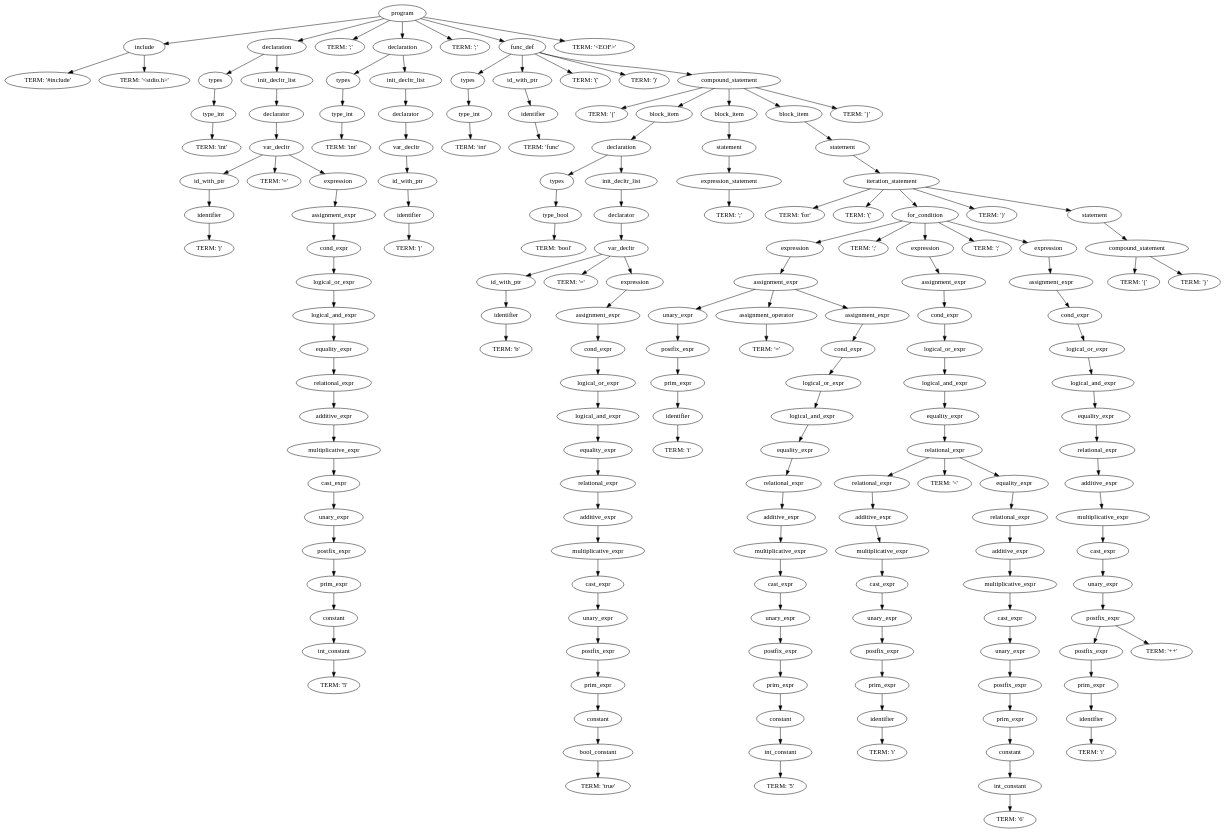
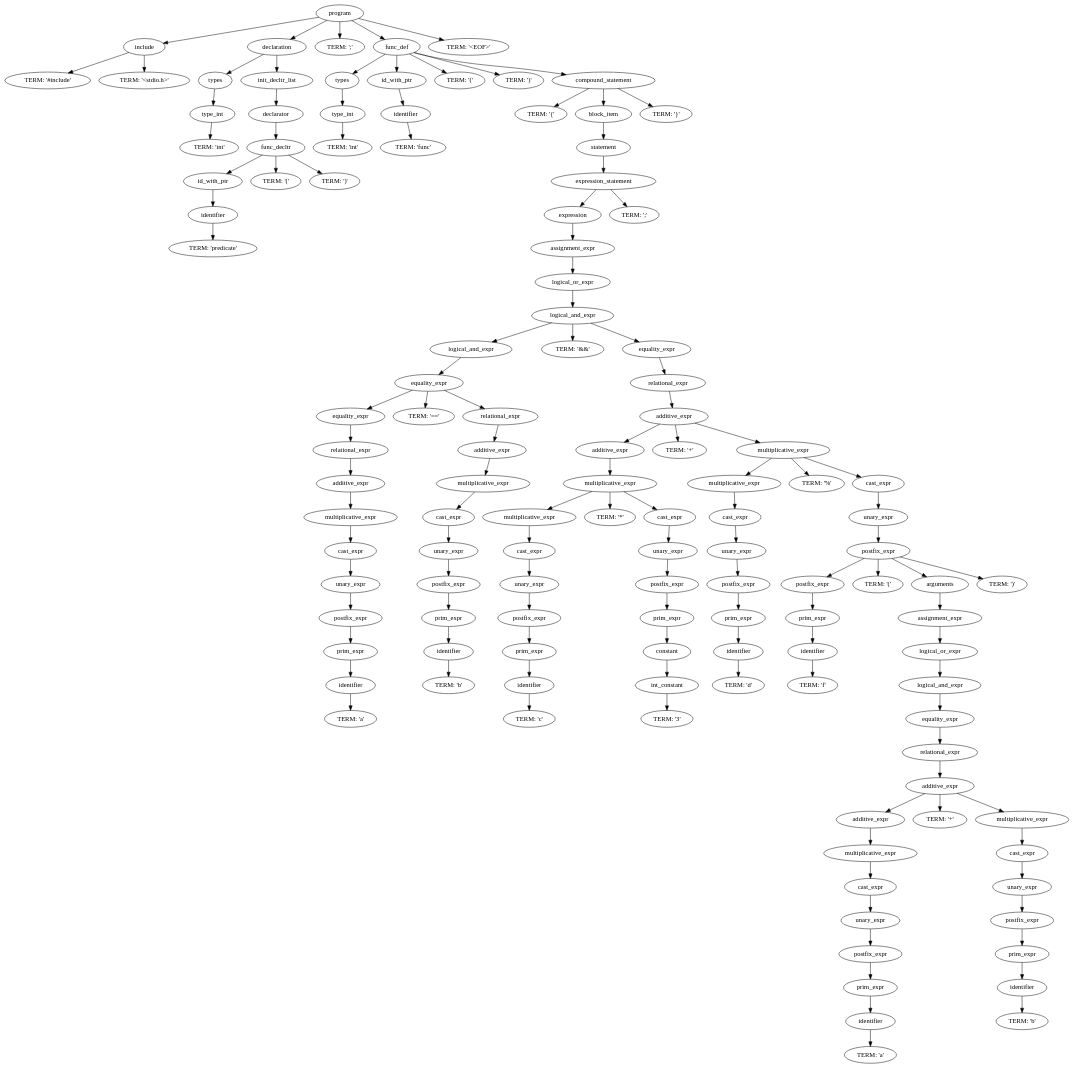
The diagram in output.dot (DeSchepperCedric/C-Compiler), drawn with Graphviz before and after one commit. The commit also changed 9 other files, not shown here.

```diff
--- a/output.dot
+++ b/output.dot
@@ -19,323 +19,229 @@
 	8 -> 9;
 	9 [label="declarator"];
 	9 -> 10;
-	10 [label="var_decltr"];
+	10 [label="func_decltr"];
 	10 -> 11;
 	11 [label="id_with_ptr"];
 	11 -> 12;
 	12 [label="identifier"];
 	12 -> 13;
-	13 [label="TERM: 'j'"];
+	13 [label="TERM: 'predicate'"];
 	10 -> 14;
-	14 [label="TERM: '='"];
+	14 [label="TERM: '('"];
 	10 -> 15;
-	15 [label="expression"];
-	15 -> 16;
-	16 [label="assignment_expr"];
-	16 -> 17;
-	17 [label="cond_expr"];
+	15 [label="TERM: ')'"];
+	0 -> 16;
+	16 [label="TERM: ';'"];
+	0 -> 17;
+	17 [label="func_def"];
 	17 -> 18;
-	18 [label="logical_or_expr"];
+	18 [label="types"];
 	18 -> 19;
-	19 [label="logical_and_expr"];
+	19 [label="type_int"];
 	19 -> 20;
-	20 [label="equality_expr"];
-	20 -> 21;
-	21 [label="relational_expr"];
+	20 [label="TERM: 'int'"];
+	17 -> 21;
+	21 [label="id_with_ptr"];
 	21 -> 22;
-	22 [label="additive_expr"];
+	22 [label="identifier"];
 	22 -> 23;
-	23 [label="multiplicative_expr"];
-	23 -> 24;
-	24 [label="cast_expr"];
-	24 -> 25;
-	25 [label="unary_expr"];
-	25 -> 26;
-	26 [label="postfix_expr"];
+	23 [label="TERM: 'func'"];
+	17 -> 24;
+	24 [label="TERM: '('"];
+	17 -> 25;
+	25 [label="TERM: ')'"];
+	17 -> 26;
+	26 [label="compound_statement"];
 	26 -> 27;
-	27 [label="prim_expr"];
-	27 -> 28;
-	28 [label="constant"];
+	27 [label="TERM: '{'"];
+	26 -> 28;
+	28 [label="block_item"];
 	28 -> 29;
-	29 [label="int_constant"];
+	29 [label="statement"];
 	29 -> 30;
-	30 [label="TERM: '5'"];
-	0 -> 31;
-	31 [label="TERM: ';'"];
-	0 -> 32;
-	32 [label="declaration"];
+	30 [label="expression_statement"];
+	30 -> 31;
+	31 [label="expression"];
+	31 -> 32;
+	32 [label="assignment_expr"];
 	32 -> 33;
-	33 [label="types"];
+	33 [label="logical_or_expr"];
 	33 -> 34;
-	34 [label="type_int"];
+	34 [label="logical_and_expr"];
 	34 -> 35;
-	35 [label="TERM: 'int'"];
-	32 -> 36;
-	36 [label="init_decltr_list"];
+	35 [label="logical_and_expr"];
+	35 -> 36;
+	36 [label="equality_expr"];
 	36 -> 37;
-	37 [label="declarator"];
+	37 [label="equality_expr"];
 	37 -> 38;
-	38 [label="var_decltr"];
+	38 [label="relational_expr"];
 	38 -> 39;
-	39 [label="id_with_ptr"];
+	39 [label="additive_expr"];
 	39 -> 40;
-	40 [label="identifier"];
+	40 [label="multiplicative_expr"];
 	40 -> 41;
-	41 [label="TERM: 'j'"];
-	0 -> 42;
-	42 [label="TERM: ';'"];
-	0 -> 43;
-	43 [label="func_def"];
+	41 [label="cast_expr"];
+	41 -> 42;
+	42 [label="unary_expr"];
+	42 -> 43;
+	43 [label="postfix_expr"];
 	43 -> 44;
-	44 [label="types"];
+	44 [label="prim_expr"];
 	44 -> 45;
-	45 [label="type_int"];
+	45 [label="identifier"];
 	45 -> 46;
-	46 [label="TERM: 'int'"];
-	43 -> 47;
-	47 [label="id_with_ptr"];
-	47 -> 48;
-	48 [label="identifier"];
+	46 [label="TERM: 'a'"];
+	36 -> 47;
+	47 [label="TERM: '=='"];
+	36 -> 48;
+	48 [label="relational_expr"];
 	48 -> 49;
-	49 [label="TERM: 'func'"];
-	43 -> 50;
-	50 [label="TERM: '('"];
-	43 -> 51;
-	51 [label="TERM: ')'"];
-	43 -> 52;
-	52 [label="compound_statement"];
+	49 [label="additive_expr"];
+	49 -> 50;
+	50 [label="multiplicative_expr"];
+	50 -> 51;
+	51 [label="cast_expr"];
+	51 -> 52;
+	52 [label="unary_expr"];
 	52 -> 53;
-	53 [label="TERM: '{'"];
-	52 -> 54;
-	54 [label="block_item"];
+	53 [label="postfix_expr"];
+	53 -> 54;
+	54 [label="prim_expr"];
 	54 -> 55;
-	55 [label="declaration"];
+	55 [label="identifier"];
 	55 -> 56;
-	56 [label="types"];
-	56 -> 57;
-	57 [label="type_bool"];
-	57 -> 58;
-	58 [label="TERM: 'bool'"];
-	55 -> 59;
-	59 [label="init_decltr_list"];
+	56 [label="TERM: 'b'"];
+	34 -> 57;
+	57 [label="TERM: '&&'"];
+	34 -> 58;
+	58 [label="equality_expr"];
+	58 -> 59;
+	59 [label="relational_expr"];
 	59 -> 60;
-	60 [label="declarator"];
+	60 [label="additive_expr"];
 	60 -> 61;
-	61 [label="var_decltr"];
+	61 [label="additive_expr"];
 	61 -> 62;
-	62 [label="id_with_ptr"];
+	62 [label="multiplicative_expr"];
 	62 -> 63;
-	63 [label="identifier"];
+	63 [label="multiplicative_expr"];
 	63 -> 64;
-	64 [label="TERM: 'b'"];
-	61 -> 65;
-	65 [label="TERM: '='"];
-	61 -> 66;
-	66 [label="expression"];
+	64 [label="cast_expr"];
+	64 -> 65;
+	65 [label="unary_expr"];
+	65 -> 66;
+	66 [label="postfix_expr"];
 	66 -> 67;
-	67 [label="assignment_expr"];
+	67 [label="prim_expr"];
 	67 -> 68;
-	68 [label="cond_expr"];
+	68 [label="identifier"];
 	68 -> 69;
-	69 [label="logical_or_expr"];
-	69 -> 70;
-	70 [label="logical_and_expr"];
-	70 -> 71;
-	71 [label="equality_expr"];
+	69 [label="TERM: 'c'"];
+	62 -> 70;
+	70 [label="TERM: '*'"];
+	62 -> 71;
+	71 [label="cast_expr"];
 	71 -> 72;
-	72 [label="relational_expr"];
+	72 [label="unary_expr"];
 	72 -> 73;
-	73 [label="additive_expr"];
+	73 [label="postfix_expr"];
 	73 -> 74;
-	74 [label="multiplicative_expr"];
+	74 [label="prim_expr"];
 	74 -> 75;
-	75 [label="cast_expr"];
+	75 [label="constant"];
 	75 -> 76;
-	76 [label="unary_expr"];
+	76 [label="int_constant"];
 	76 -> 77;
-	77 [label="postfix_expr"];
-	77 -> 78;
-	78 [label="prim_expr"];
-	78 -> 79;
-	79 [label="constant"];
+	77 [label="TERM: '3'"];
+	60 -> 78;
+	78 [label="TERM: '+'"];
+	60 -> 79;
+	79 [label="multiplicative_expr"];
 	79 -> 80;
-	80 [label="bool_constant"];
+	80 [label="multiplicative_expr"];
 	80 -> 81;
-	81 [label="TERM: 'true'"];
-	52 -> 82;
-	82 [label="block_item"];
+	81 [label="cast_expr"];
+	81 -> 82;
+	82 [label="unary_expr"];
 	82 -> 83;
-	83 [label="statement"];
+	83 [label="postfix_expr"];
 	83 -> 84;
-	84 [label="expression_statement"];
+	84 [label="prim_expr"];
 	84 -> 85;
-	85 [label="TERM: ';'"];
-	52 -> 86;
-	86 [label="block_item"];
-	86 -> 87;
-	87 [label="statement"];
-	87 -> 88;
-	88 [label="iteration_statement"];
+	85 [label="identifier"];
+	85 -> 86;
+	86 [label="TERM: 'd'"];
+	79 -> 87;
+	87 [label="TERM: '%'"];
+	79 -> 88;
+	88 [label="cast_expr"];
 	88 -> 89;
-	89 [label="TERM: 'for'"];
-	88 -> 90;
-	90 [label="TERM: '('"];
-	88 -> 91;
-	91 [label="for_condition"];
+	89 [label="unary_expr"];
+	89 -> 90;
+	90 [label="postfix_expr"];
+	90 -> 91;
+	91 [label="postfix_expr"];
 	91 -> 92;
-	92 [label="expression"];
+	92 [label="prim_expr"];
 	92 -> 93;
-	93 [label="assignment_expr"];
+	93 [label="identifier"];
 	93 -> 94;
-	94 [label="unary_expr"];
-	94 -> 95;
-	95 [label="postfix_expr"];
-	95 -> 96;
-	96 [label="prim_expr"];
+	94 [label="TERM: 'f'"];
+	90 -> 95;
+	95 [label="TERM: '('"];
+	90 -> 96;
+	96 [label="arguments"];
 	96 -> 97;
-	97 [label="identifier"];
+	97 [label="assignment_expr"];
 	97 -> 98;
-	98 [label="TERM: 'i'"];
-	93 -> 99;
-	99 [label="assignment_operator"];
+	98 [label="logical_or_expr"];
+	98 -> 99;
+	99 [label="logical_and_expr"];
 	99 -> 100;
-	100 [label="TERM: '='"];
-	93 -> 101;
-	101 [label="assignment_expr"];
+	100 [label="equality_expr"];
+	100 -> 101;
+	101 [label="relational_expr"];
 	101 -> 102;
-	102 [label="cond_expr"];
+	102 [label="additive_expr"];
 	102 -> 103;
-	103 [label="logical_or_expr"];
+	103 [label="additive_expr"];
 	103 -> 104;
-	104 [label="logical_and_expr"];
+	104 [label="multiplicative_expr"];
 	104 -> 105;
-	105 [label="equality_expr"];
+	105 [label="cast_expr"];
 	105 -> 106;
-	106 [label="relational_expr"];
+	106 [label="unary_expr"];
 	106 -> 107;
-	107 [label="additive_expr"];
+	107 [label="postfix_expr"];
 	107 -> 108;
-	108 [label="multiplicative_expr"];
+	108 [label="prim_expr"];
 	108 -> 109;
-	109 [label="cast_expr"];
+	109 [label="identifier"];
 	109 -> 110;
-	110 [label="unary_expr"];
-	110 -> 111;
-	111 [label="postfix_expr"];
-	111 -> 112;
-	112 [label="prim_expr"];
+	110 [label="TERM: 'a'"];
+	102 -> 111;
+	111 [label="TERM: '+'"];
+	102 -> 112;
+	112 [label="multiplicative_expr"];
 	112 -> 113;
-	113 [label="constant"];
+	113 [label="cast_expr"];
 	113 -> 114;
-	114 [label="int_constant"];
+	114 [label="unary_expr"];
 	114 -> 115;
-	115 [label="TERM: '5'"];
-	91 -> 116;
-	116 [label="TERM: ';'"];
-	91 -> 117;
-	117 [label="expression"];
+	115 [label="postfix_expr"];
+	115 -> 116;
+	116 [label="prim_expr"];
+	116 -> 117;
+	117 [label="identifier"];
 	117 -> 118;
-	118 [label="assignment_expr"];
-	118 -> 119;
-	119 [label="cond_expr"];
-	119 -> 120;
-	120 [label="logical_or_expr"];
-	120 -> 121;
-	121 [label="logical_and_expr"];
-	121 -> 122;
-	122 [label="equality_expr"];
-	122 -> 123;
-	123 [label="relational_expr"];
-	123 -> 124;
-	124 [label="relational_expr"];
-	124 -> 125;
-	125 [label="additive_expr"];
-	125 -> 126;
-	126 [label="multiplicative_expr"];
-	126 -> 127;
-	127 [label="cast_expr"];
-	127 -> 128;
-	128 [label="unary_expr"];
-	128 -> 129;
-	129 [label="postfix_expr"];
-	129 -> 130;
-	130 [label="prim_expr"];
-	130 -> 131;
-	131 [label="identifier"];
-	131 -> 132;
-	132 [label="TERM: 'i'"];
-	123 -> 133;
-	133 [label="TERM: '<'"];
-	123 -> 134;
-	134 [label="equality_expr"];
-	134 -> 135;
-	135 [label="relational_expr"];
-	135 -> 136;
-	136 [label="additive_expr"];
-	136 -> 137;
-	137 [label="multiplicative_expr"];
-	137 -> 138;
-	138 [label="cast_expr"];
-	138 -> 139;
-	139 [label="unary_expr"];
-	139 -> 140;
-	140 [label="postfix_expr"];
-	140 -> 141;
-	141 [label="prim_expr"];
-	141 -> 142;
-	142 [label="constant"];
-	142 -> 143;
-	143 [label="int_constant"];
-	143 -> 144;
-	144 [label="TERM: '6'"];
-	91 -> 145;
-	145 [label="TERM: ';'"];
-	91 -> 146;
-	146 [label="expression"];
-	146 -> 147;
-	147 [label="assignment_expr"];
-	147 -> 148;
-	148 [label="cond_expr"];
-	148 -> 149;
-	149 [label="logical_or_expr"];
-	149 -> 150;
-	150 [label="logical_and_expr"];
-	150 -> 151;
-	151 [label="equality_expr"];
-	151 -> 152;
-	152 [label="relational_expr"];
-	152 -> 153;
-	153 [label="additive_expr"];
-	153 -> 154;
-	154 [label="multiplicative_expr"];
-	154 -> 155;
-	155 [label="cast_expr"];
-	155 -> 156;
-	156 [label="unary_expr"];
-	156 -> 157;
-	157 [label="postfix_expr"];
-	157 -> 158;
-	158 [label="postfix_expr"];
-	158 -> 159;
-	159 [label="prim_expr"];
-	159 -> 160;
-	160 [label="identifier"];
-	160 -> 161;
-	161 [label="TERM: 'i'"];
-	157 -> 162;
-	162 [label="TERM: '++'"];
-	88 -> 163;
-	163 [label="TERM: ')'"];
-	88 -> 164;
-	164 [label="statement"];
-	164 -> 165;
-	165 [label="compound_statement"];
-	165 -> 166;
-	166 [label="TERM: '{'"];
-	165 -> 167;
-	167 [label="TERM: '}'"];
-	52 -> 168;
-	168 [label="TERM: '}'"];
-	0 -> 169;
-	169 [label="TERM: '<EOF>'"];
+	118 [label="TERM: 'b'"];
+	90 -> 119;
+	119 [label="TERM: ')'"];
+	30 -> 120;
+	120 [label="TERM: ';'"];
+	26 -> 121;
+	121 [label="TERM: '}'"];
+	0 -> 122;
+	122 [label="TERM: '<EOF>'"];
 }
```
